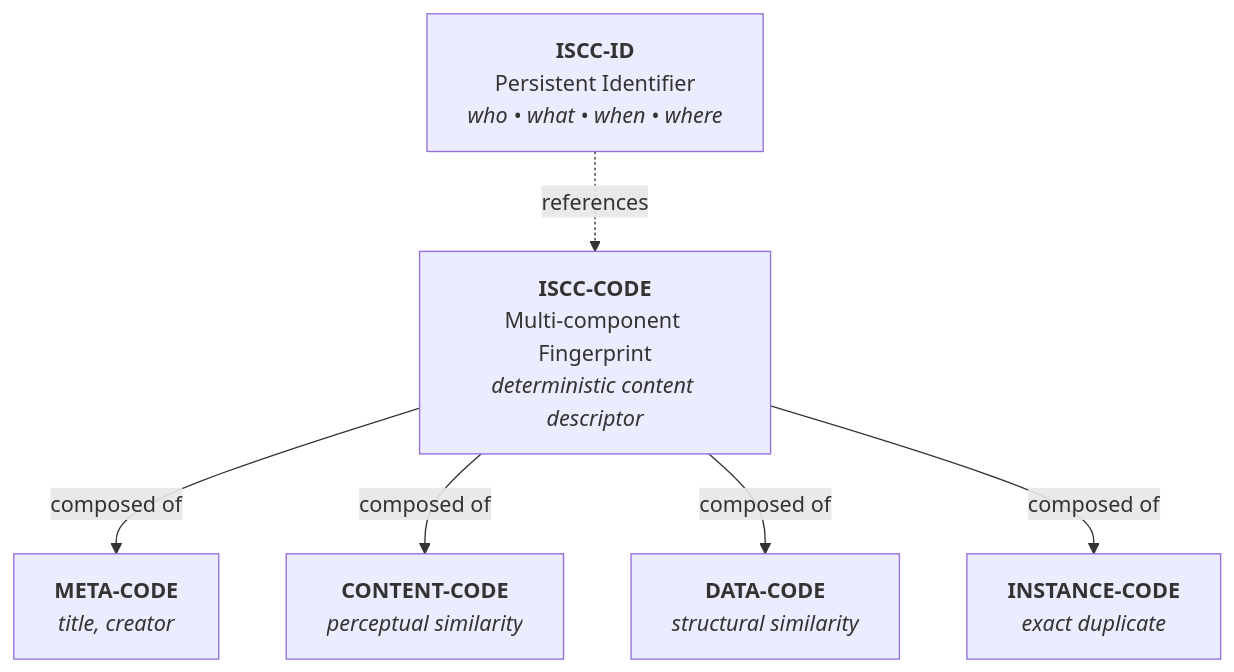
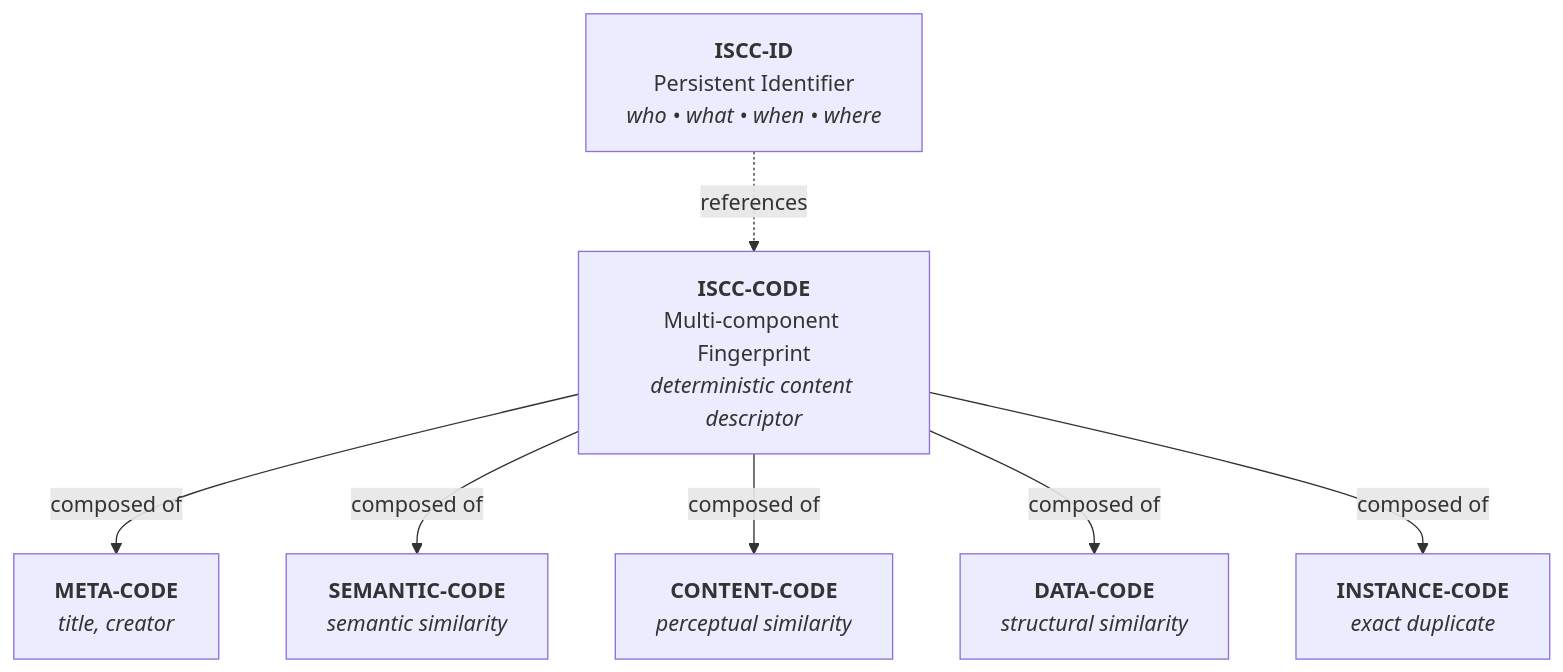
The diagram in docs/concept.md (iscc/iscc-search), drawn with Mermaid before and after one commit.

Commit message:
docs(concept): add semantic code to mermaid diagram

````diff
--- a/docs/concept.md
+++ b/docs/concept.md
@@ -32,14 +32,15 @@
 ```mermaid
 graph TB
     ID[<b>ISCC-ID</b><br/>Persistent Identifier<br/><i>who • what • when • where</i>]
 
     CODE[<b>ISCC-CODE</b><br/>Multi-component Fingerprint<br/><i>deterministic content descriptor</i>]
 
     META[<b>META-CODE</b><br/><i>title, creator</i>]
+    SEMANTIC[<b>SEMANTIC-CODE</b><br/><i>semantic similarity</i>]
     CONTENT[<b>CONTENT-CODE</b><br/><i>perceptual similarity</i>]
     DATA[<b>DATA-CODE</b><br/><i>structural similarity</i>]
     INSTANCE[<b>INSTANCE-CODE</b><br/><i>exact duplicate</i>]
 
     ID -.-> |references| CODE
-    CODE --> |composed of| META & CONTENT & DATA & INSTANCE
+    CODE --> |composed of| META & SEMANTIC & CONTENT & DATA & INSTANCE
 ```
````
